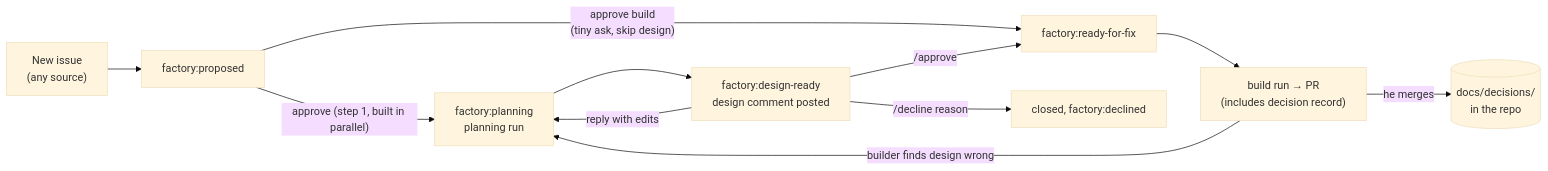
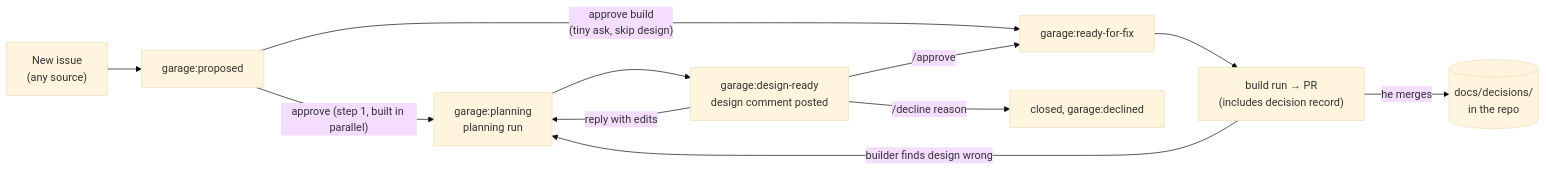
Before and after one commit to sesh11/garage: the diagram in docs/design-step.md, drawn with Mermaid (base theme). The commit also changed other lines of this file, not shown here.

Commit message:
docs: use garage: label names in the design-step doc

````diff
--- a/docs/design-step.md
+++ b/docs/design-step.md
@@ -45,13 +45,13 @@
 ```mermaid
 flowchart LR
-    NEW["New issue<br/>(any source)"] --> PROP["factory:proposed"]
-    PROP -- "approve (step 1, built in parallel)" --> PLAN["factory:planning<br/>planning run"]
+    NEW["New issue<br/>(any source)"] --> PROP["garage:proposed"]
+    PROP -- "approve (step 1, built in parallel)" --> PLAN["garage:planning<br/>planning run"]
     PROP -- "approve build<br/>(tiny ask, skip design)" --> READY
-    PLAN --> POSTED["factory:design-ready<br/>design comment posted"]
+    PLAN --> POSTED["garage:design-ready<br/>design comment posted"]
     POSTED -- "reply with edits" --> PLAN
-    POSTED -- "/approve" --> READY["factory:ready-for-fix"]
-    POSTED -- "/decline reason" --> DECL["closed, factory:declined"]
+    POSTED -- "/approve" --> READY["garage:ready-for-fix"]
+    POSTED -- "/decline reason" --> DECL["closed, garage:declined"]
     READY --> BUILD["build run → PR<br/>(includes decision record)"]
     BUILD -- "he merges" --> MEM[("docs/decisions/<br/>in the repo")]
     BUILD -- "builder finds design wrong" --> PLAN
 ```
````
